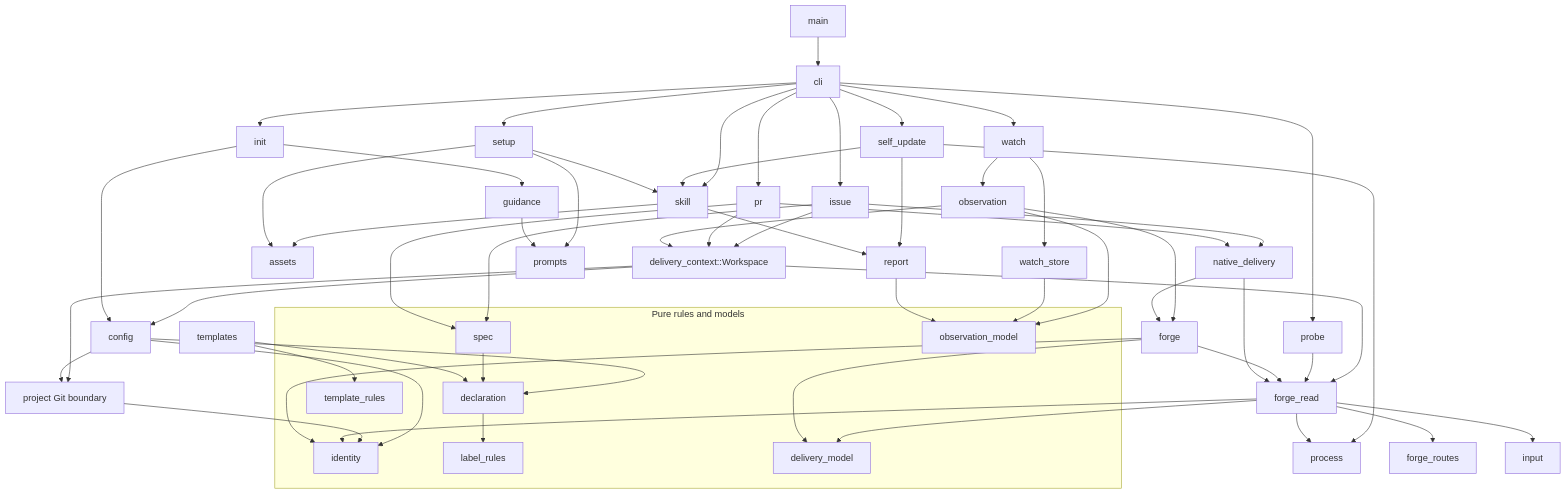
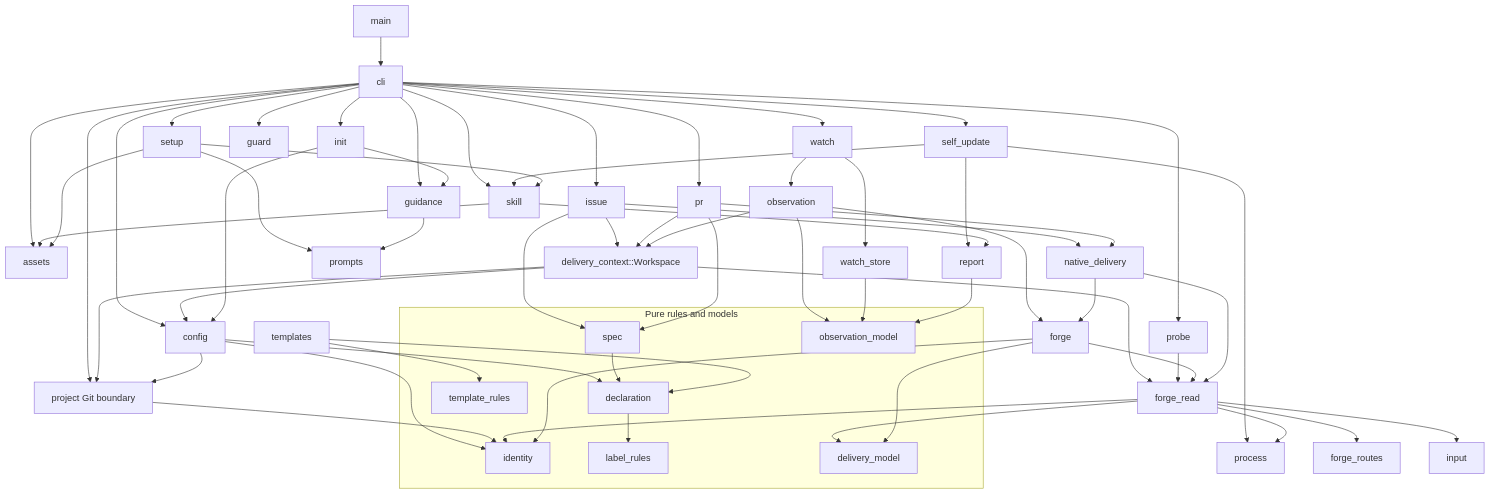
The diagram in docs/architecture.md (LeXwDeX/SpecGit), drawn with Mermaid before and after one commit. The commit also changed other lines of this file and 24 other files, not shown here.

````diff
--- a/docs/architecture.md
+++ b/docs/architecture.md
@@ -39,72 +39,77 @@
 ```mermaid
 flowchart TD
   main --> cli
   cli --> init
   cli --> setup
   cli --> issue
   cli --> pr
   cli --> probe
   cli --> watch
   cli --> self_update
   cli --> skill
+  cli --> assets
+  cli --> guidance
+  cli --> guard
+  cli --> config
+  cli --> project_git[project Git boundary]
   self_update --> process
   self_update --> report
   self_update --> skill
   skill --> assets
   skill --> report
   setup --> skill
 
   issue --> workspace[delivery_context::Workspace]
   pr --> workspace
   issue --> spec
   pr --> spec
   issue --> native_delivery
   pr --> native_delivery
   workspace --> config
   workspace --> project_git[project Git boundary]
   workspace --> forge_read
 
   init --> guidance
   init --> config
   setup --> prompts
   setup --> assets
   guidance --> prompts
   config --> declaration
   config --> identity
   config --> project_git
   project_git --> identity
   spec --> declaration
   templates --> declaration
   templates --> template_rules
   declaration --> label_rules
 
   probe --> forge_read
   watch --> observation
   watch --> watch_store
   observation --> workspace
   observation --> forge
   observation --> observation_model
   watch_store --> observation_model
   report --> observation_model
 
   forge_read --> forge_routes
   forge_read --> identity
   forge_read --> process
   forge_read --> input
   forge_read --> delivery_model
   forge --> forge_read
   forge --> identity
   forge --> delivery_model
   native_delivery --> forge
   native_delivery --> forge_read
 
   subgraph pure[Pure rules and models]
     declaration
     identity
     label_rules
     template_rules
     spec
     delivery_model
     observation_model
   end
 ```
````
